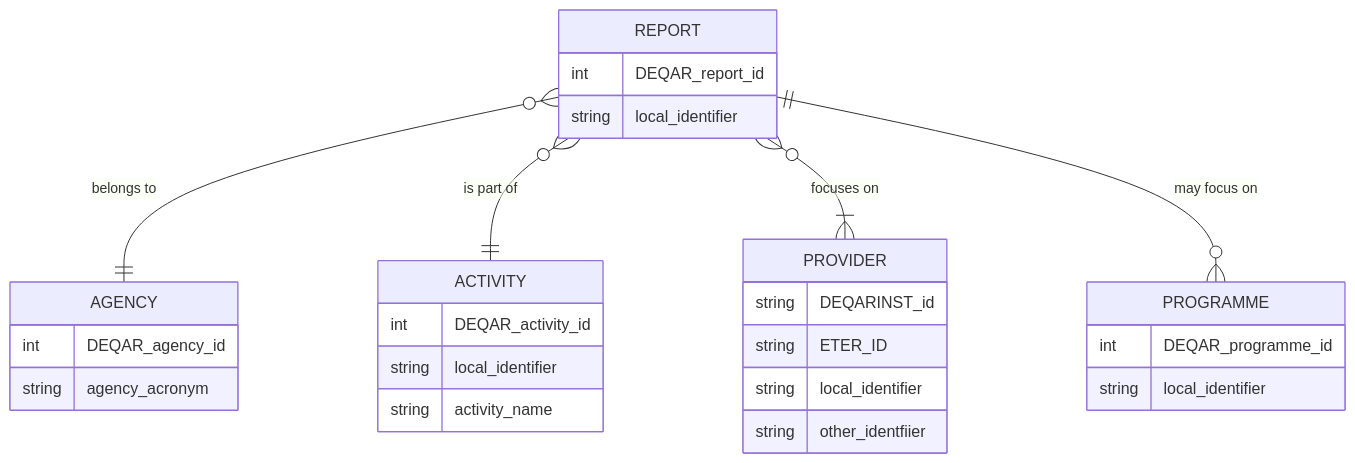
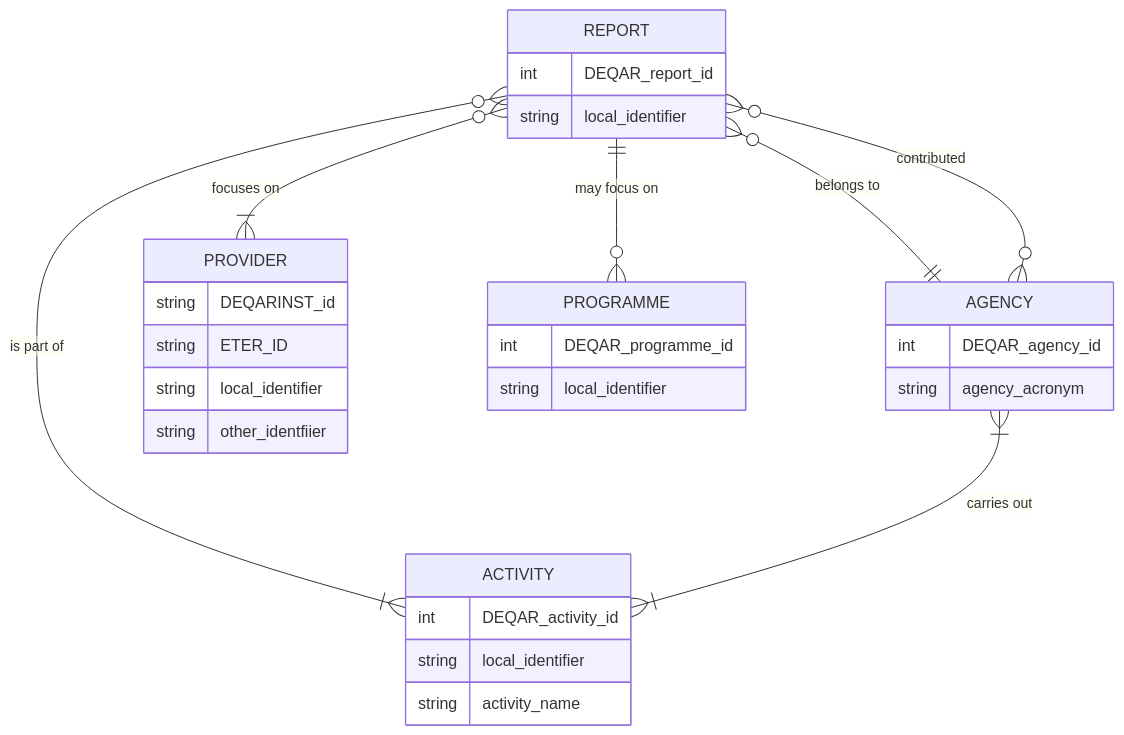
Before and after one commit to EQAR/deqar-docs: the third of 3 diagrams in docs/architecture_data_model.md, drawn with Mermaid. The commit also changed other lines of this file, not shown here.

Commit message:
update ERR diagrams

````diff
--- a/docs/architecture_data_model.md
+++ b/docs/architecture_data_model.md
@@ -62,30 +63,32 @@
 ```mermaid
 erDiagram
     REPORT {
         int DEQAR_report_id
         string local_identifier
     }
     AGENCY {
         int DEQAR_agency_id
         string agency_acronym
     }
     ACTIVITY {
         int DEQAR_activity_id
         string local_identifier
         string activity_name
     }
     PROVIDER {
         string DEQARINST_id
         string ETER_ID
         string local_identifier
         string other_identfiier
     }
     PROGRAMME {
         int DEQAR_programme_id
         string local_identifier
     }
     REPORT }o--|| AGENCY : "belongs to"
-    REPORT }o--|| ACTIVITY : "is part of"
+    REPORT }o--o{ AGENCY : "contributed"
+    REPORT }o--|{ ACTIVITY : "is part of"
     REPORT }o--|{ PROVIDER : "focuses on"
     REPORT ||--o{ PROGRAMME : "may focus on"
+    AGENCY }|--|{ ACTIVITY : "carries out"
 ```
````
